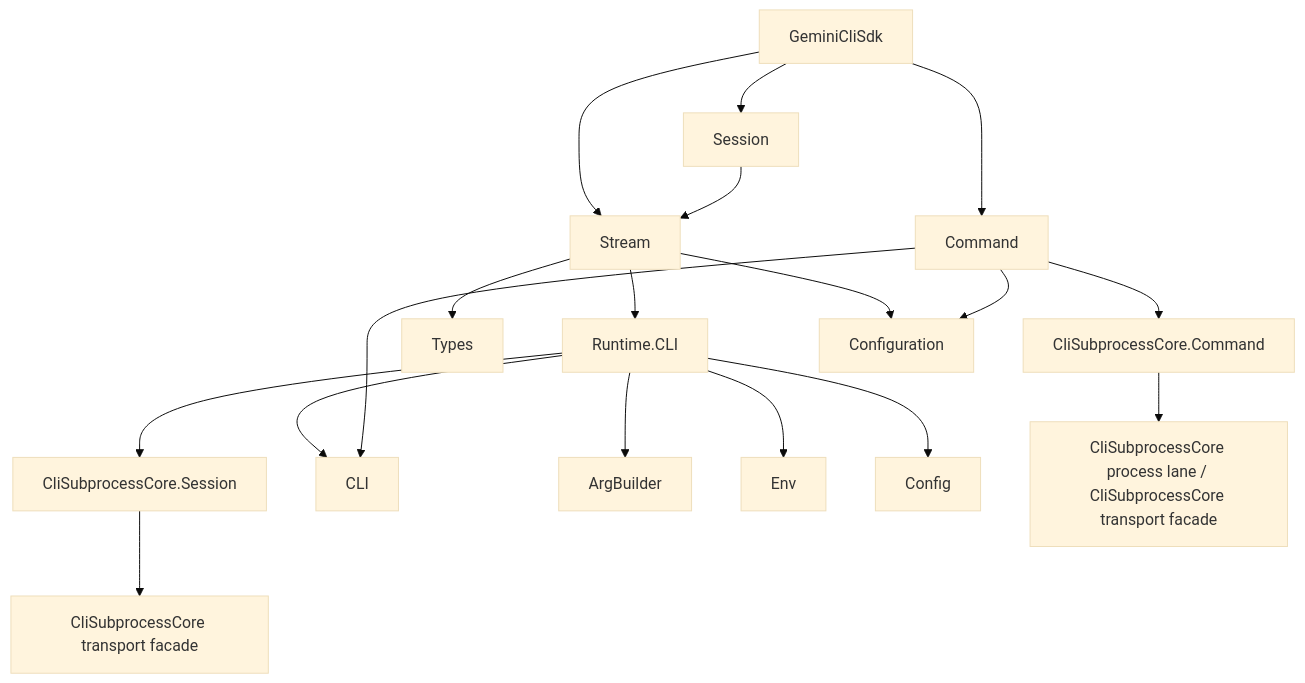
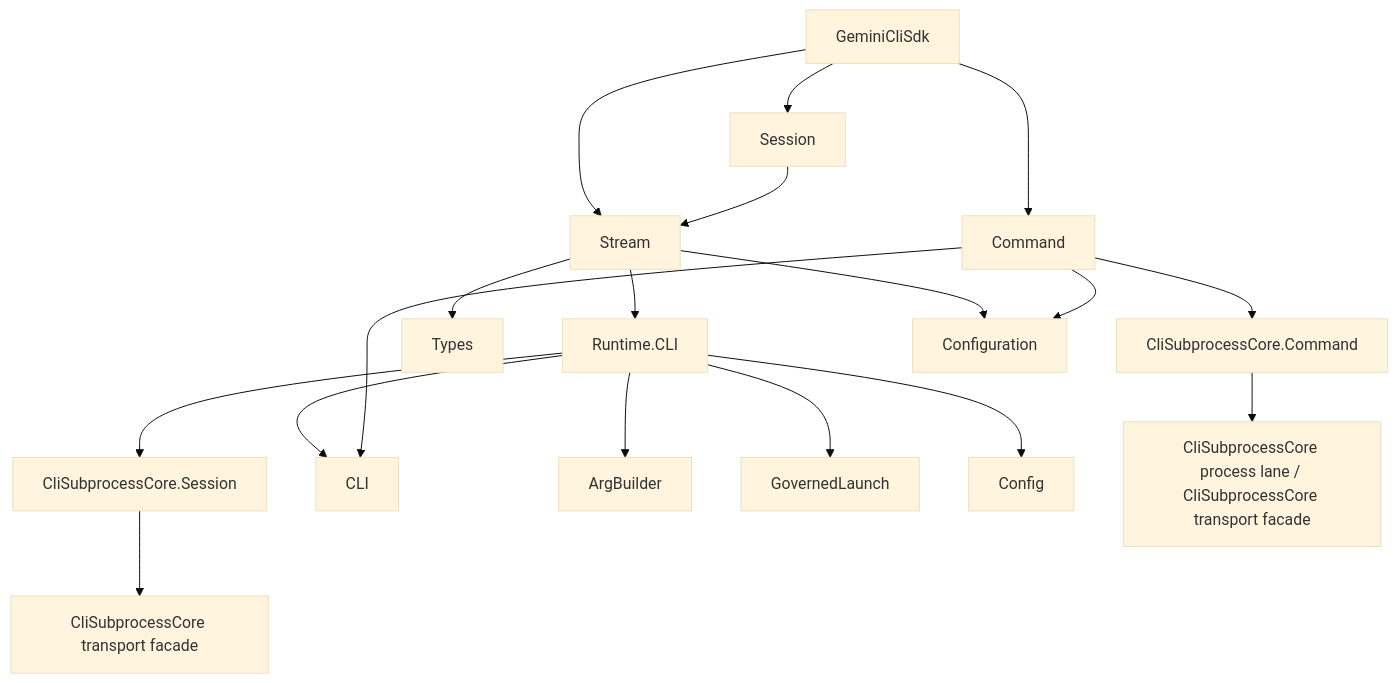
One commit to nshkrdotcom/gemini_cli_sdk changed the diagram in guides/architecture.md. Above: the diagram before and after it, drawn with Mermaid (base theme). The commit also changed other lines of this file and 11 other files, not shown here.

Commit message:
ENV-15 govern Gemini launch env

````diff
--- a/guides/architecture.md
+++ b/guides/architecture.md
@@ -7,20 +7,20 @@
 ```mermaid
 graph TD
     A[GeminiCliSdk] --> B[Stream]
     A --> C[Command]
     A --> D[Session]
     B --> E[Runtime.CLI]
     E --> F[CliSubprocessCore.Session]
     F --> G[CliSubprocessCore transport facade]
     E --> I[CLI]
     E --> J[ArgBuilder]
-    E --> K[Env]
+    E --> K[GovernedLaunch]
     E --> L[Config]
     B --> M[Types]
     C --> Q[CliSubprocessCore.Command]
     Q --> R[CliSubprocessCore process lane / CliSubprocessCore transport facade]
     C --> I
     B --> O[Configuration]
     C --> O
     D --> B
 ```
````
